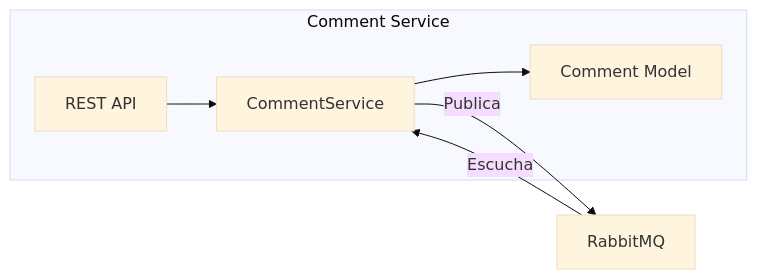
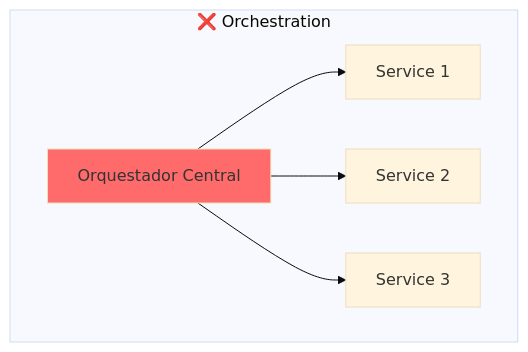
Diagram 13 of 27 in README.md (paelsam/StreamiaServer), drawn with Mermaid (base theme) before and after one commit. The commit also changed other lines of this file and 20 other files, not shown here.

````diff
--- a/README.md
+++ b/README.md
@@ -388,13 +415,11 @@
 ```mermaid
-flowchart LR
-    subgraph Comment Service
-        API[REST API]
-        SVC[CommentService]
-        MODEL[Comment Model]
+flowchart TB
+    subgraph "❌ Orchestration"
+        O[Orquestador Central]
+        O --> S1[Service 1]
+        O --> S2[Service 2]
+        O --> S3[Service 3]
+        
+        style O fill:#ff6b6b
     end
-
-    API --> SVC
-    SVC --> MODEL
-    SVC --> |Publica| RMQ[RabbitMQ]
-    RMQ --> |Escucha| SVC
 ```
````
